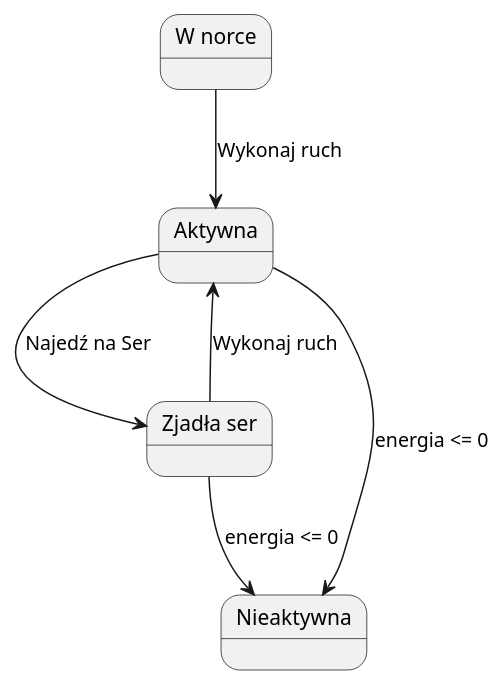
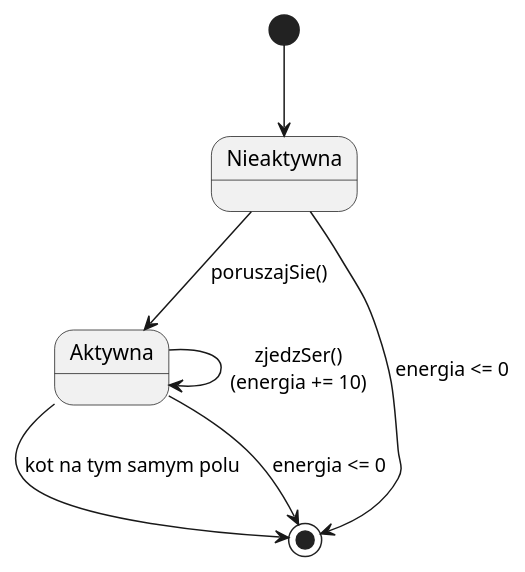
Before and after one commit to rochmir/symulacja_agentowa1: the diagram in diagram_maszyna_stanow_mysz.puml, drawn with PlantUML. The commit also changed 4 other files, not shown here.

```diff
--- a/diagram_maszyna_stanow_mysz.puml
+++ b/diagram_maszyna_stanow_mysz.puml
@@ -1,13 +1,10 @@
 @startuml
-state "W norce" as W_norce
-state "Aktywna" as Aktywna
-state "Zjadła ser" as Zjadla_ser
-state "Nieaktywna" as Nieaktywna
 
-W_norce --> Aktywna : Wykonaj ruch
-Aktywna --> Zjadla_ser : Najedź na Ser
-Aktywna --> Nieaktywna : energia <= 0
-Zjadla_ser --> Aktywna : Wykonaj ruch
-Zjadla_ser --> Nieaktywna : energia <= 0
+[*] --> Nieaktywna
+Nieaktywna --> Aktywna : poruszajSie()
+Nieaktywna --> [*] : energia <= 0
+Aktywna --> [*] : kot na tym samym polu
+Aktywna --> [*] : energia <= 0
+Aktywna --> Aktywna : zjedzSer()\n(energia += 10)
 
 @enduml
```
